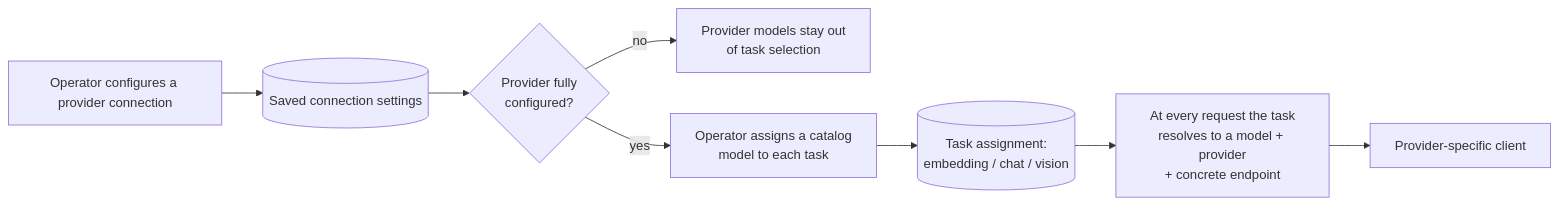
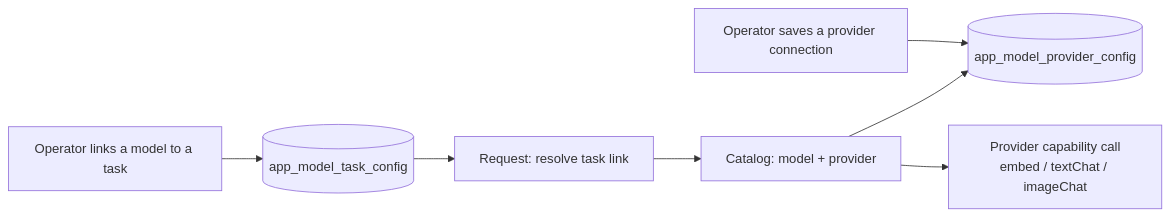
One commit to kyung-lee-official/neuxus changed the diagram in docs/model-management/README.md. Above: the diagram before and after it, drawn with Mermaid. The commit also changed other lines of this file, not shown here.

Commit message:
docs: update README to clarify model management structure and terminology

````diff
--- a/docs/model-management/README.md
+++ b/docs/model-management/README.md
@@ -24,15 +21,16 @@
 ```mermaid
 ---
 theme: neo-dark
 ---
 flowchart LR
-  a1[Operator configures a provider connection]
-  a2[(Saved connection settings)]
+  a1[Operator saves a provider connection]
+  a2[(app_model_provider_config)]
   a1 --> a2
-  a2 --> a3{Provider fully\nconfigured?}
-  a3 -- no --> a4[Provider models stay out\nof task selection]
-  a3 -- yes --> a5[Operator assigns a catalog\nmodel to each task]
-  a5 --> a6[(Task assignment:\nembedding / chat / vision)]
-  a6 --> a7[At every request the task\nresolves to a model + provider\n+ concrete endpoint]
-  a7 --> a8[Provider-specific client]
+  a3[Operator links a model to a task]
+  a4[(app_model_task_config)]
+  a3 --> a4
+  a4 --> a5[Request: resolve task link]
+  a5 --> a6[Catalog: model + provider]
+  a6 --> a2
+  a6 --> a7[Provider capability call\nembed / textChat / imageChat]
 ```
````
